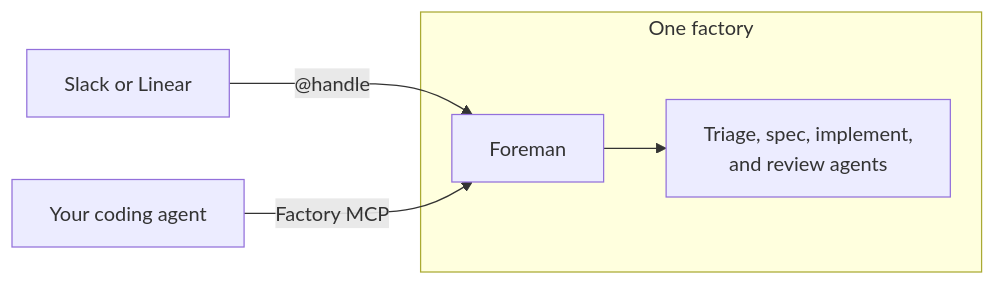
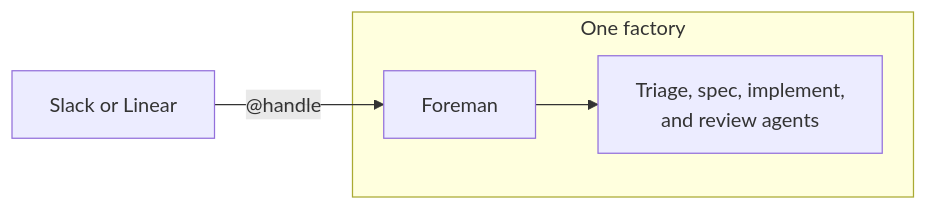
Before and after one commit to warpdotdev/docs: the diagram in src/content/docs/factories/index.mdx, drawn with Mermaid. The commit also changed other lines of this file, not shown here.

````diff
--- a/src/content/docs/factories/index.mdx
+++ b/src/content/docs/factories/index.mdx
@@ -36,8 +74,7 @@
 ```mermaid
 flowchart LR
   subgraph Factory["One factory"]
     Foreman["Foreman"] --> Agents["Triage, spec, implement,<br/>and review agents"]
   end
   Slack["Slack or Linear"] -->|"@handle"| Foreman
-  Coding["Your coding agent"] -->|"Factory MCP"| Foreman
 ```
````
